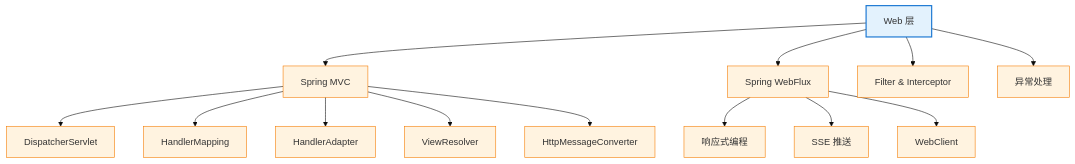
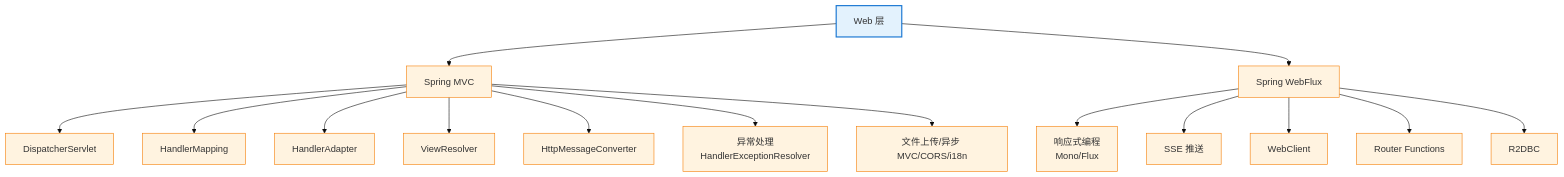
One commit to wb04307201/wb04307201 changed the diagram in note/06.spring/02-web/README.md. Above: the diagram before and after it, drawn with Mermaid (base theme). The commit also changed other lines of this file and 2 other files, not shown here.

First line of the commit message:
docs(06-spring): 02-web/README 导航更新 + 顶层 README 知识图修正

````diff
--- a/note/06.spring/02-web/README.md
+++ b/note/06.spring/02-web/README.md
@@ -26,24 +45,26 @@
 ```mermaid
 graph TB
     W[Web 层]
-    
+
     W --> MVC[Spring MVC]
     W --> Flux[Spring WebFlux]
-    W --> Filter[Filter & Interceptor]
-    W --> Exception[异常处理]
-    
+
     MVC --> M1[DispatcherServlet]
     MVC --> M2[HandlerMapping]
     MVC --> M3[HandlerAdapter]
     MVC --> M4[ViewResolver]
     MVC --> M5[HttpMessageConverter]
-    
-    Flux --> F1[响应式编程]
+    MVC --> M6[异常处理<br/>HandlerExceptionResolver]
+    MVC --> M7[文件上传/异步 MVC/CORS/i18n]
+
+    Flux --> F1[响应式编程<br/>Mono/Flux]
     Flux --> F2[SSE 推送]
     Flux --> F3[WebClient]
-    
+    Flux --> F4[Router Functions]
+    Flux --> F5[R2DBC]
+
     classDef root fill:#e3f2fd,stroke:#1976d2,stroke-width:2px
     classDef leaf fill:#fff3e0,stroke:#f57c00
     class W root
-    class MVC,Flux,Filter,Exception,M1,M2,M3,M4,M5,F1,F2,F3 leaf
+    class MVC,Flux,M1,M2,M3,M4,M5,M6,M7,F1,F2,F3,F4,F5 leaf
 ```
````
